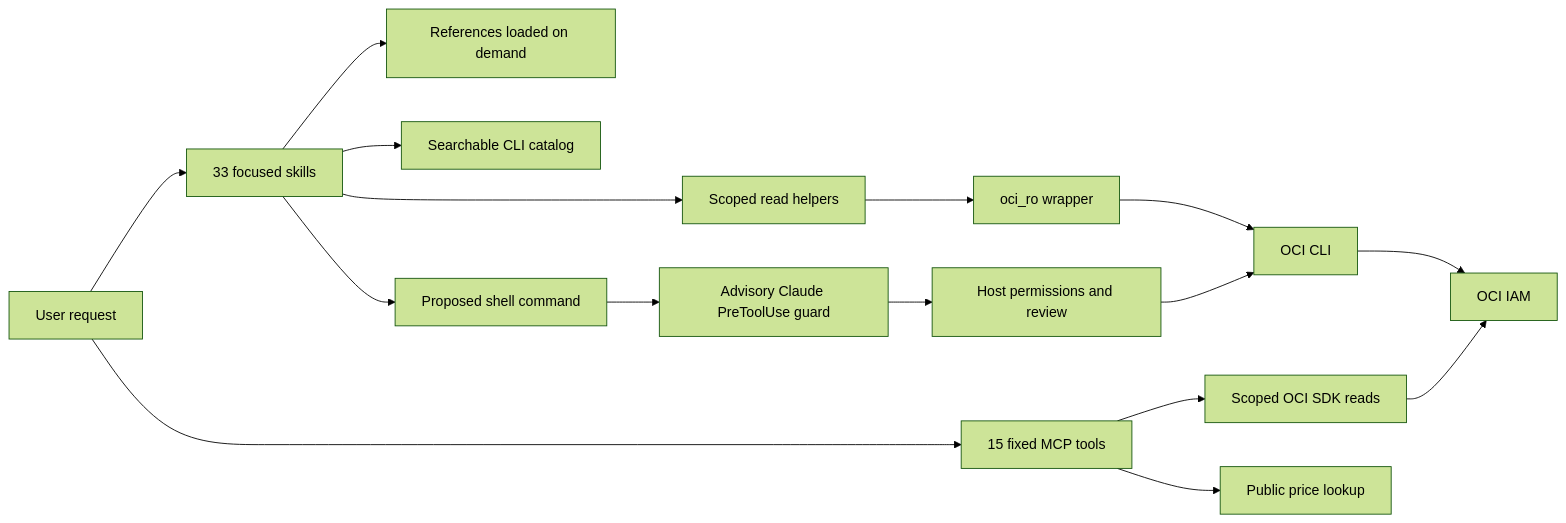
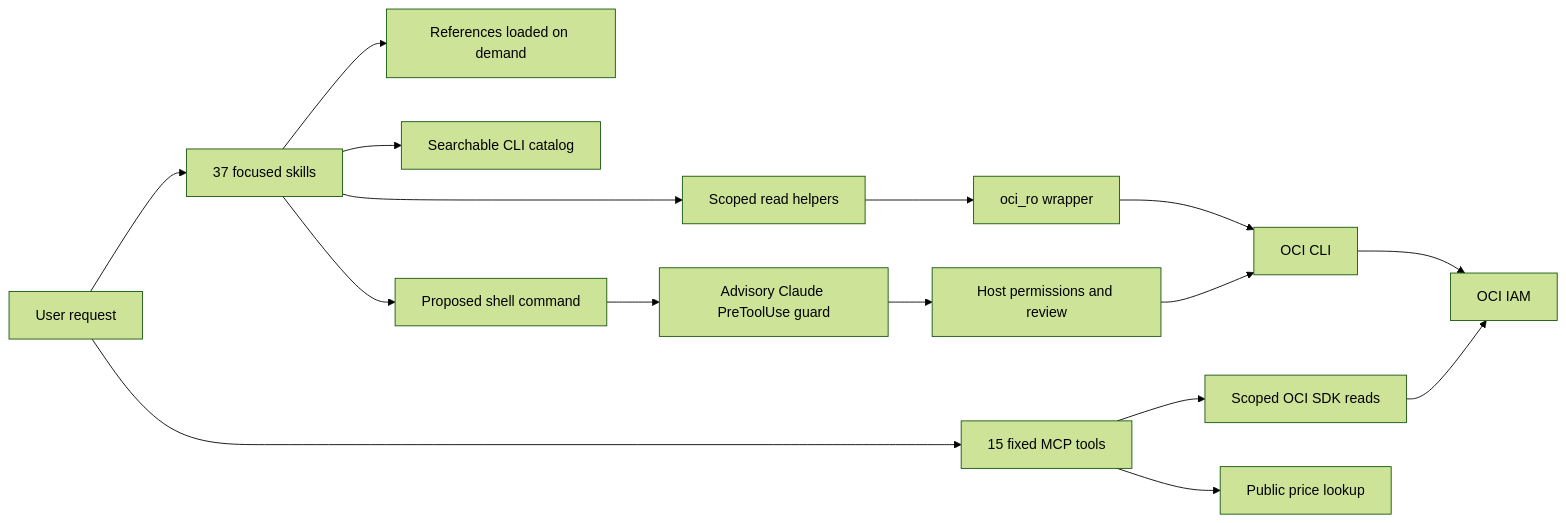
One commit to jazzautomations/oci-agent-skills changed the diagram in README.md. Above: the diagram before and after it, drawn with Mermaid (forest theme). The commit also changed other lines of this file and 22 other files, not shown here.

````diff
--- a/README.md
+++ b/README.md
@@ -105,18 +105,18 @@
 ```mermaid
 flowchart LR
-    Request[User request] --> Skills[33 focused skills]
+    Request[User request] --> Skills[37 focused skills]
     Skills --> References[References loaded on demand]
     Skills --> Catalog[Searchable CLI catalog]
     Skills --> Helpers[Scoped read helpers]
     Helpers --> Wrapper[oci_ro wrapper]
     Wrapper --> CLI[OCI CLI]
     Skills --> Bash[Proposed shell command]
     Bash --> Guard[Advisory Claude PreToolUse guard]
     Guard --> Review[Host permissions and review]
     Review --> CLI
     Request --> MCP[15 fixed MCP tools]
     MCP --> SDK[Scoped OCI SDK reads]
     MCP --> Pricing[Public price lookup]
     CLI --> IAM[OCI IAM]
     SDK --> IAM
 ```
````
